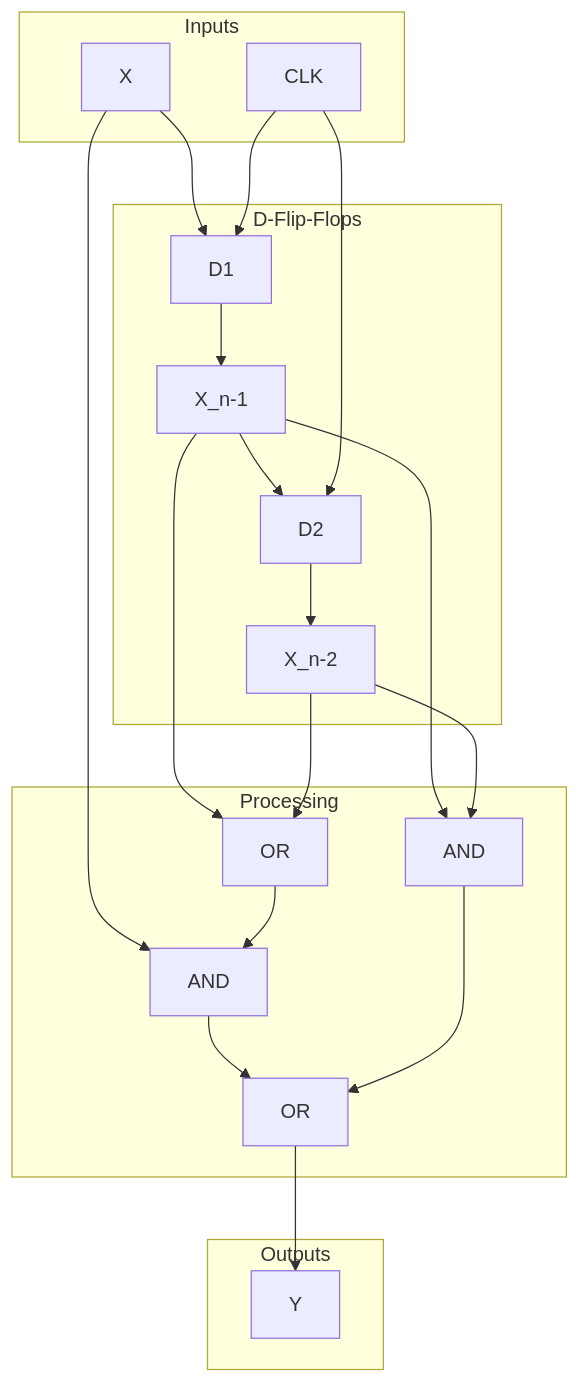
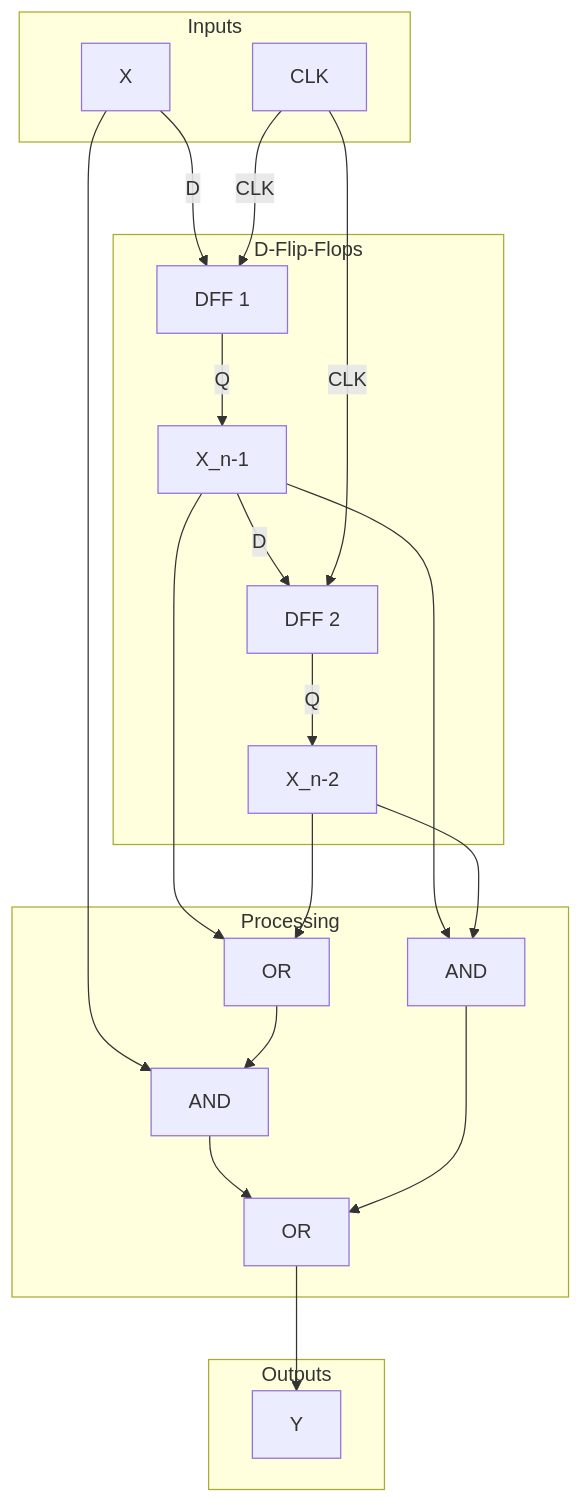
Before and after one commit to Myyura/the_kai_project: the third of 3 diagrams in docs/tokyo-university/IST/cs/2022/cs_202202_4.md, drawn with Mermaid. The commit also changed other lines of this file and 576 other files, not shown here.

````diff
--- a/docs/tokyo-university/IST/cs/2022/cs_202202_4.md
+++ b/docs/tokyo-university/IST/cs/2022/cs_202202_4.md
@@ -286,24 +246,28 @@
 ```mermaid
 graph TD
     subgraph Inputs
         CLK
         X
     end
     
     subgraph D-Flip-Flops
-        X & CLK --> D1 --> X_n-1
-        X_n-1 & CLK --> D2 --> X_n-2
+        X -->|D| D1[DFF 1]
+        CLK -->|CLK| D1
+        D1 -->|Q| X_n-1
+        X_n-1 -->|D| D2[DFF 2]
+        CLK -->|CLK| D2
+        D2 -->|Q| X_n-2
     end
     
     subgraph Processing
         %% Y = X(X_n-1 + X_n-2) + X_n-1X_n-2
         X_n-1 & X_n-2 --> OR1[OR]
         X & OR1 --> AND1[AND]
         X_n-1 & X_n-2 --> AND2[AND]
         AND1 & AND2 --> OR2[OR]
     end
 
     subgraph Outputs
         OR2 --> Y
     end
 ```
````
